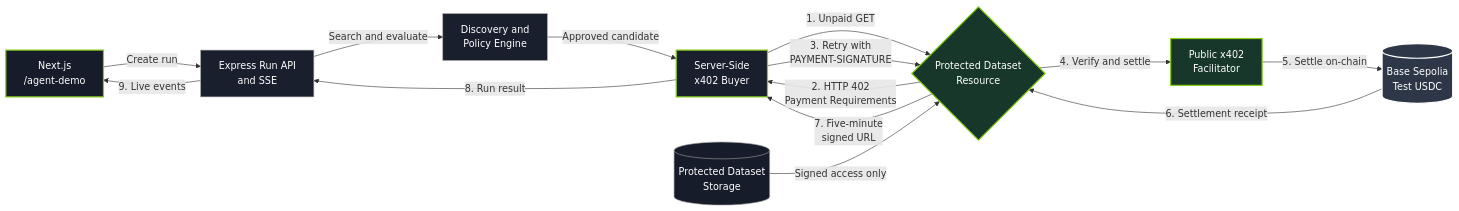
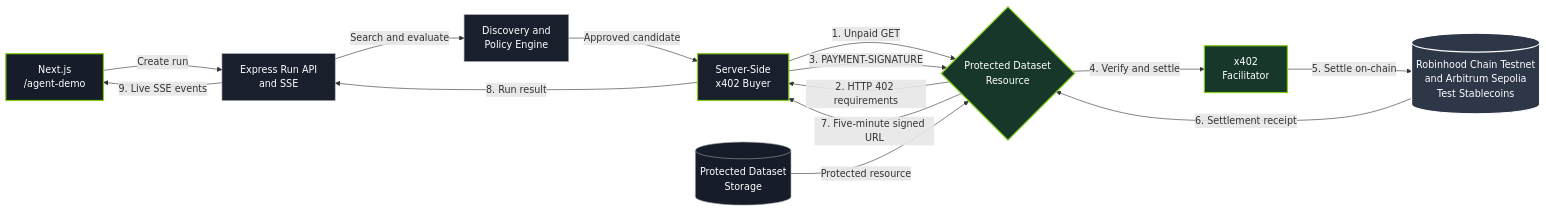
Before and after one commit to DigiPaga/digi-robotics: the first of 2 diagrams in README.md, drawn with Mermaid. The commit also changed other lines of this file, not shown here.

````diff
--- a/README.md
+++ b/README.md
@@ -119,34 +134,42 @@
 ```mermaid
 flowchart LR
-    A["Next.js<br/>/agent-demo"] -->|"Create run"| B["Express Run API<br/>and SSE"]
-    B -->|"Search and evaluate"| C["Discovery and<br/>Policy Engine"]
-    C -->|"Approved candidate"| D["Server-Side<br/>x402 Buyer"]
+    A["Next.js<br/>/agent-demo"]
+    B["Express Run API<br/>and SSE"]
+    C["Discovery and<br/>Policy Engine"]
+    D["Server-Side<br/>x402 Buyer"]
+    E{"Protected Dataset<br/>Resource"}
+    F["x402<br/>Facilitator"]
+    G[("Robinhood Chain Testnet<br/>and Arbitrum Sepolia<br/>Test Stablecoins")]
+    H[("Protected Dataset<br/>Storage")]
 
-    D -->|"1. Unpaid GET"| E{"Protected Dataset<br/>Resource"}
-    E -->|"2. HTTP 402<br/>Payment Requirements"| D
-    D -->|"3. Retry with<br/>PAYMENT-SIGNATURE"| E
+    A -->|"Create run"| B
+    B -->|"Search and evaluate"| C
+    C -->|"Approved candidate"| D
 
-    E -->|"4. Verify and settle"| F["Public x402<br/>Facilitator"]
-    F -->|"5. Settle on-chain"| G[("Base Sepolia<br/>Test USDC")]
+    D -->|"1. Unpaid GET"| E
+    E -->|"2. HTTP 402 requirements"| D
+    D -->|"3. PAYMENT-SIGNATURE"| E
+
+    E -->|"4. Verify and settle"| F
+    F -->|"5. Settle on-chain"| G
     G -->|"6. Settlement receipt"| E
 
-    E -->|"7. Five-minute<br/>signed URL"| D
+    H -->|"Protected resource"| E
+    E -->|"7. Five-minute signed URL"| D
     D -->|"8. Run result"| B
-    B -->|"9. Live events"| A
-
-    H[("Protected Dataset<br/>Storage")] -->|"Signed access only"| E
+    B -->|"9. Live SSE events"| A
 
     classDef frontend fill:#161c29,stroke:#84cc16,stroke-width:2px,color:#ffffff
     classDef backend fill:#1a1f2e,stroke:#a0a0a0,stroke-width:1px,color:#ffffff
     classDef agent fill:#1a1f2e,stroke:#84cc16,stroke-width:2px,color:#ffffff
     classDef facilitator fill:#16372a,stroke:#84cc16,stroke-width:2px,color:#ffffff
     classDef chain fill:#2d3748,stroke:#ffffff,stroke-width:2px,color:#ffffff
     classDef storage fill:#161c29,stroke:#a0a0a0,stroke-width:1px,color:#ffffff
 
     class A frontend
     class B,C backend
     class D agent
     class E,F facilitator
     class G chain
     class H storage
 ```
````
